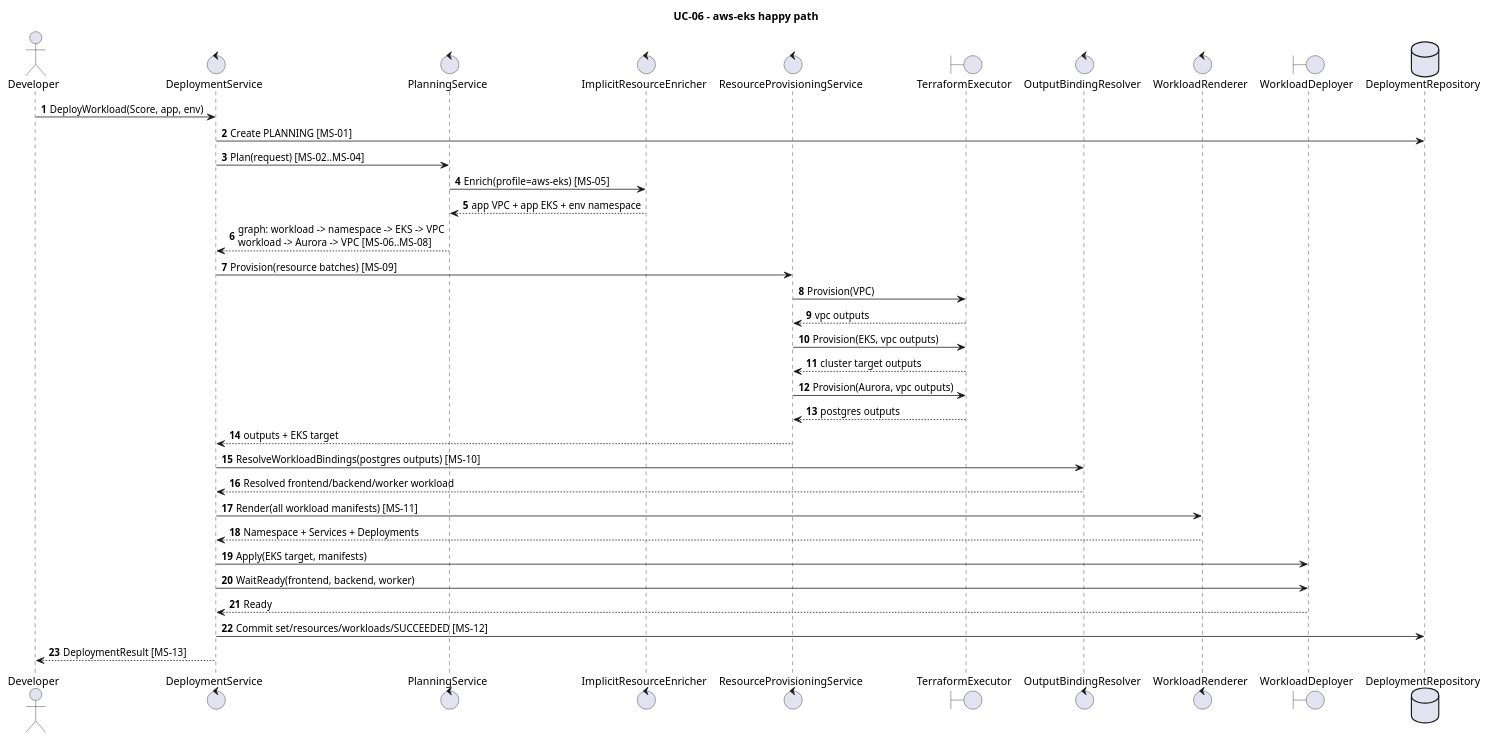
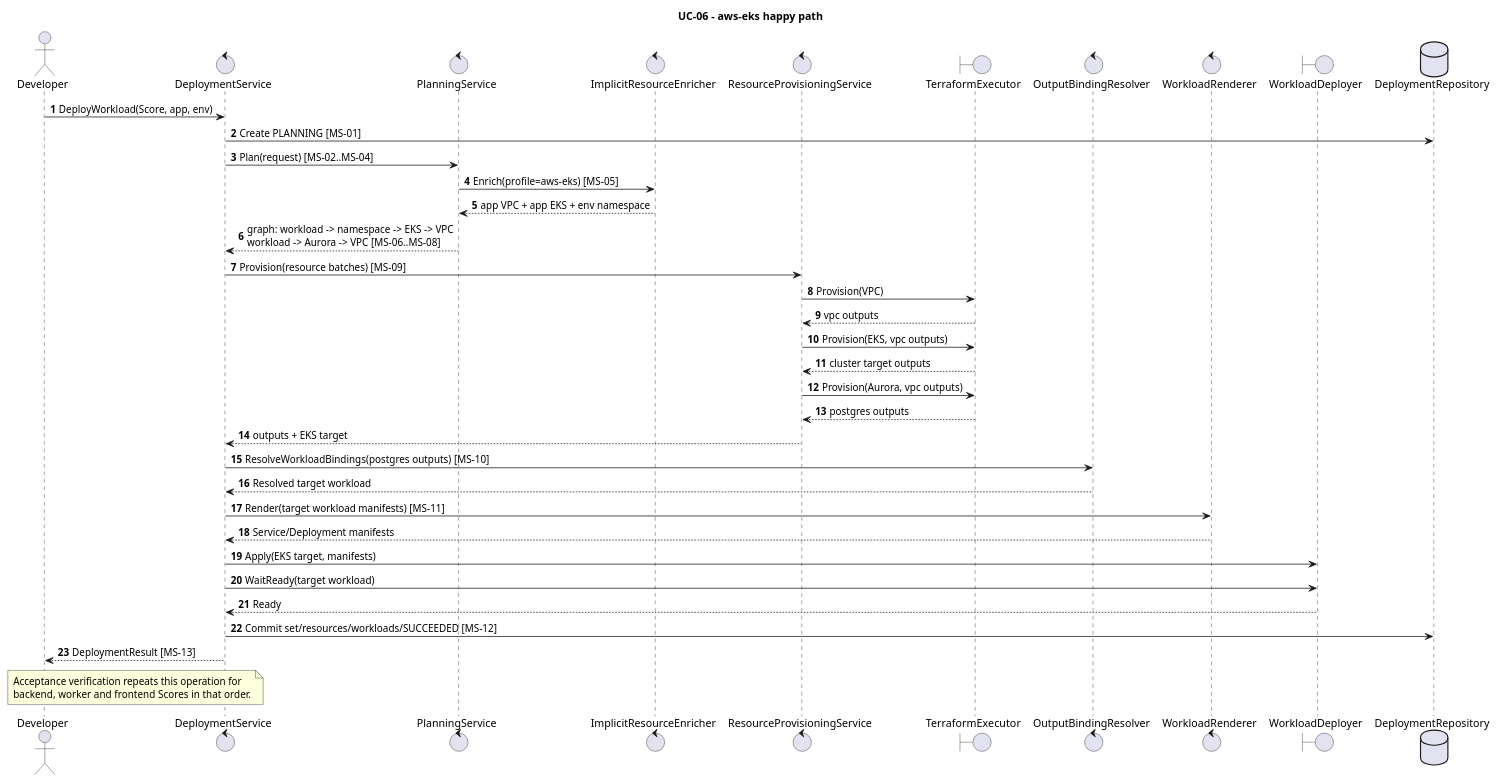
The diagram in orchestrator_docs/usecase/UC-06/sequence-cloud.puml (pr3s3nt/poc), drawn with PlantUML before and after one commit. The commit also changed 139 other files, not shown here.

```diff
--- a/orchestrator_docs/usecase/UC-06/sequence-cloud.puml
+++ b/orchestrator_docs/usecase/UC-06/sequence-cloud.puml
@@ -1,38 +1,42 @@
 @startuml
 title UC-06 - aws-eks happy path
 autonumber
 actor Developer
 control DeploymentService as Service
 control PlanningService as Planner
 control ImplicitResourceEnricher as Enricher
 control ResourceProvisioningService as Provisioner
 boundary TerraformExecutor as Terraform
 control OutputBindingResolver as Resolver
 control WorkloadRenderer as Renderer
 boundary WorkloadDeployer as K8s
 database DeploymentRepository as Repo
 
 Developer -> Service: DeployWorkload(Score, app, env)
 Service -> Repo: Create PLANNING [MS-01]
 Service -> Planner: Plan(request) [MS-02..MS-04]
 Planner -> Enricher: Enrich(profile=aws-eks) [MS-05]
 Enricher --> Planner: app VPC + app EKS + env namespace
 Planner --> Service: graph: workload -> namespace -> EKS -> VPC\nworkload -> Aurora -> VPC [MS-06..MS-08]
 Service -> Provisioner: Provision(resource batches) [MS-09]
 Provisioner -> Terraform: Provision(VPC)
 Terraform --> Provisioner: vpc outputs
 Provisioner -> Terraform: Provision(EKS, vpc outputs)
 Terraform --> Provisioner: cluster target outputs
 Provisioner -> Terraform: Provision(Aurora, vpc outputs)
 Terraform --> Provisioner: postgres outputs
 Provisioner --> Service: outputs + EKS target
 Service -> Resolver: ResolveWorkloadBindings(postgres outputs) [MS-10]
-Resolver --> Service: Resolved frontend/backend/worker workload
-Service -> Renderer: Render(all workload manifests) [MS-11]
-Renderer --> Service: Namespace + Services + Deployments
+Resolver --> Service: Resolved target workload
+Service -> Renderer: Render(target workload manifests) [MS-11]
+Renderer --> Service: Service/Deployment manifests
 Service -> K8s: Apply(EKS target, manifests)
-Service -> K8s: WaitReady(frontend, backend, worker)
+Service -> K8s: WaitReady(target workload)
 K8s --> Service: Ready
 Service -> Repo: Commit set/resources/workloads/SUCCEEDED [MS-12]
 Service --> Developer: DeploymentResult [MS-13]
+note over Developer, Service
+Acceptance verification repeats this operation for
+backend, worker and frontend Scores in that order.
+end note
 @enduml
```
